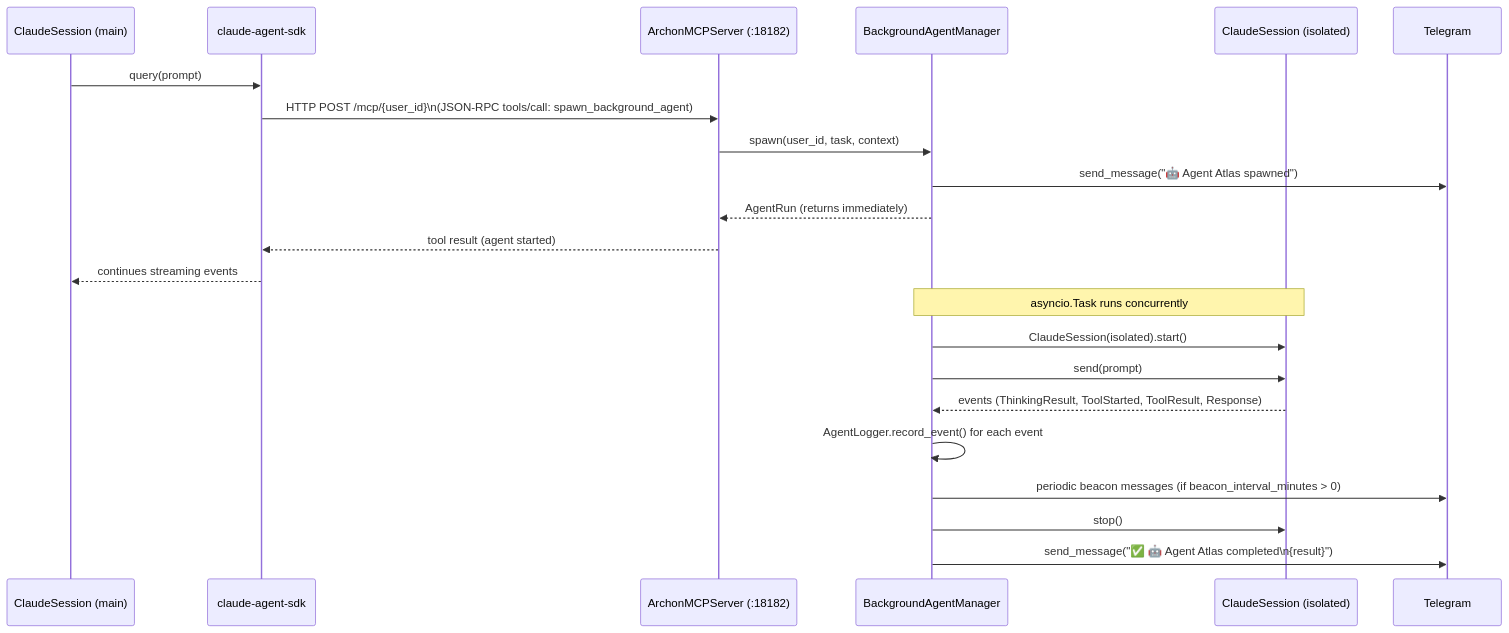
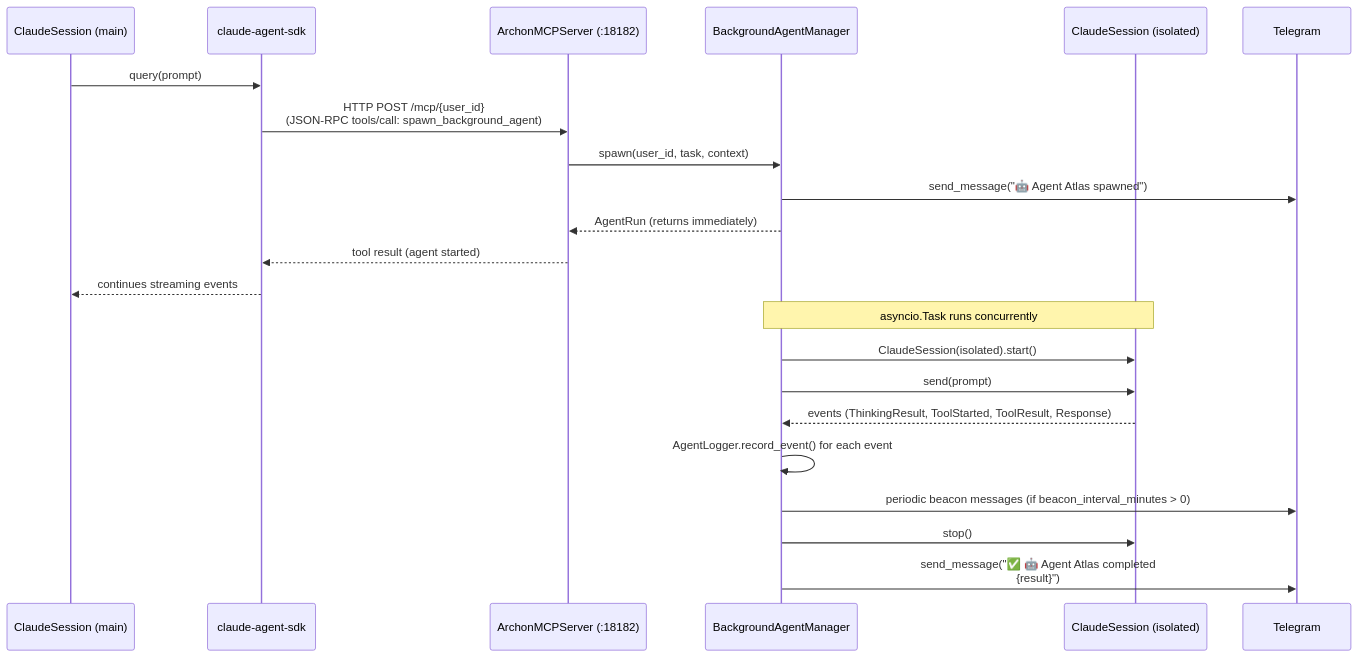
One commit to user538295/archon-assistant changed the fifth of 6 diagrams in Documentation/Architecture/100_system_architecture_overview.md. Above: the diagram before and after it, drawn with Mermaid. The commit also changed other lines of this file and 9 other files, not shown here.

Commit message:
docs(architecture): use <br/> for mermaid multiline labels

````diff
--- a/Documentation/Architecture/100_system_architecture_overview.md
+++ b/Documentation/Architecture/100_system_architecture_overview.md
@@ -277,27 +277,27 @@
 ```mermaid
 sequenceDiagram
     participant CS as ClaudeSession (main)
     participant SDK as claude-agent-sdk
     participant MCP as ArchonMCPServer (:18182)
     participant BAM as BackgroundAgentManager
     participant BCS as ClaudeSession (isolated)
     participant TG as Telegram
 
     CS->>SDK: query(prompt)
-    SDK->>MCP: HTTP POST /mcp/{user_id}\n(JSON-RPC tools/call: spawn_background_agent)
+    SDK->>MCP: HTTP POST /mcp/{user_id}<br/>(JSON-RPC tools/call: spawn_background_agent)
     MCP->>BAM: spawn(user_id, task, context)
     BAM->>TG: send_message("🤖 Agent Atlas spawned")
     BAM-->>MCP: AgentRun (returns immediately)
     MCP-->>SDK: tool result (agent started)
     SDK-->>CS: continues streaming events
 
     Note over BAM,BCS: asyncio.Task runs concurrently
 
     BAM->>BCS: ClaudeSession(isolated).start()
     BAM->>BCS: send(prompt)
     BCS-->>BAM: events (ThinkingResult, ToolStarted, ToolResult, Response)
     BAM->>BAM: AgentLogger.record_event() for each event
     BAM->>TG: periodic beacon messages (if beacon_interval_minutes > 0)
     BAM->>BCS: stop()
-    BAM->>TG: send_message("✅ 🤖 Agent Atlas completed\n{result}")
+    BAM->>TG: send_message("✅ 🤖 Agent Atlas completed<br/>{result}")
 ```
````
